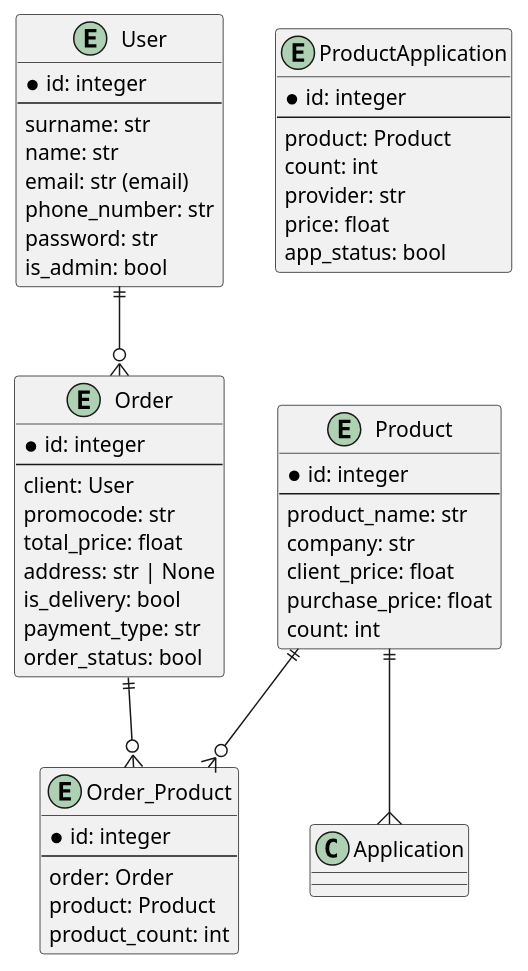
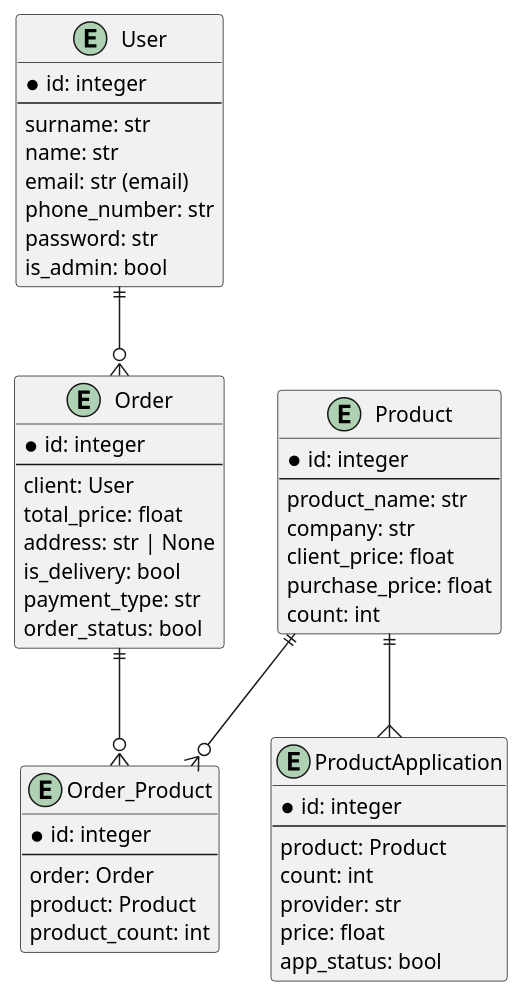
One commit to Dmitriy-M1319/CrystalApp changed the diagram in docs/ER-diagramm.pu. Above: the diagram before and after it, drawn with PlantUML. The commit also changed 2 other files, not shown here.

Commit message:
add tech requirements, change diagrams

```diff
--- a/docs/ER-diagramm.pu
+++ b/docs/ER-diagramm.pu
@@ -1,53 +1,52 @@
 @startuml ER-диаграмма для базы данных
 entity Product {
     * id: integer
     --
     product_name: str
     company: str
     client_price: float
     purchase_price: float
     count: int
 }
 entity User {
     * id: integer
     --
     surname: str
     name: str
     email: str (email)
     phone_number: str
     password: str
     is_admin: bool
 }
 entity Order {
     * id: integer
     --
     client: User
-    promocode: str
     total_price: float
     address: str | None
     is_delivery: bool
     payment_type: str
     order_status: bool
 }
 entity Order_Product {
     * id: integer
     --
     order: Order
     product: Product
     product_count: int
 }
 entity ProductApplication {
     * id: integer
     --
     product: Product
     count: int
     provider: str
     price: float
     app_status: bool
 }
 
 User ||--o{ Order
 Product ||--o{ Order_Product
 Order ||--o{ Order_Product
-Product ||--{ Application
+Product ||--{ ProductApplication
 @enduml
```
